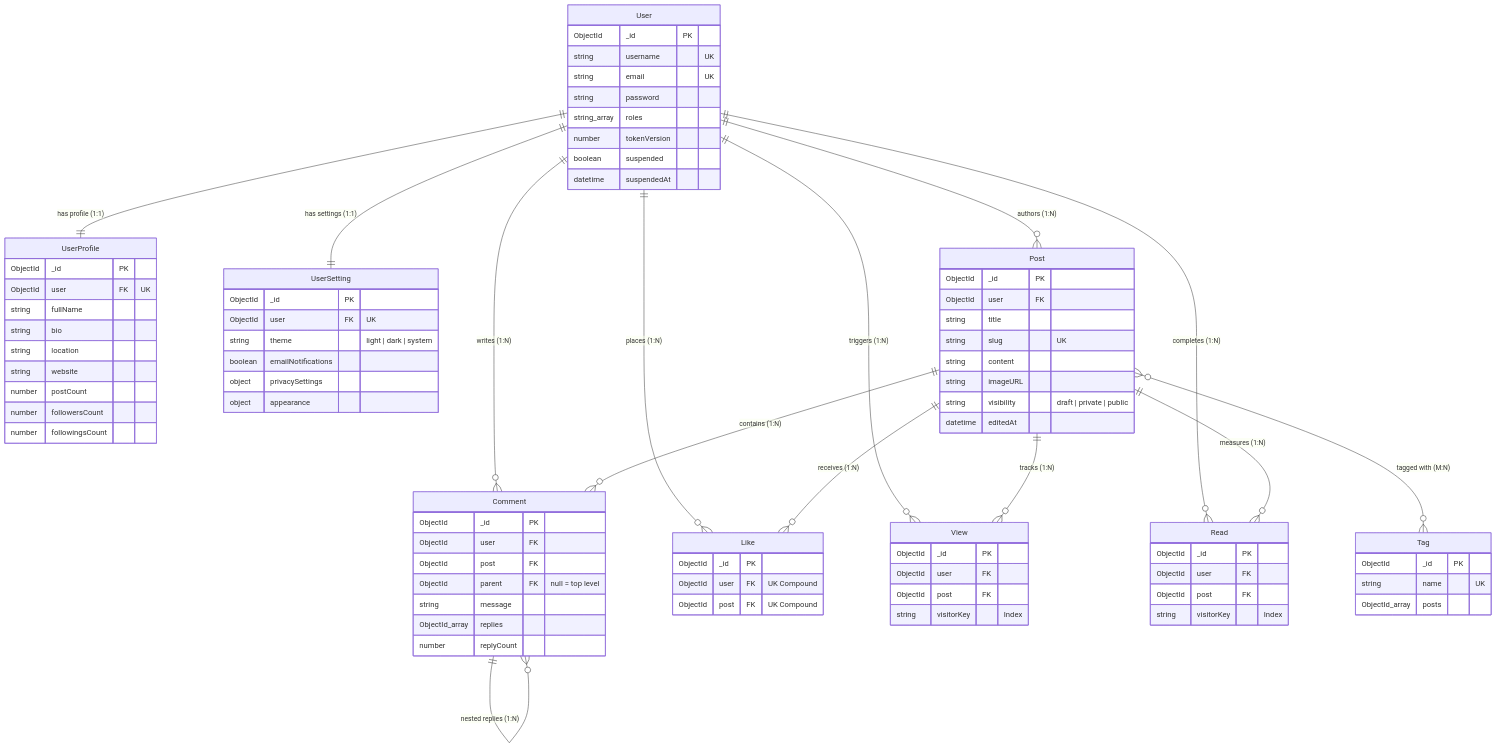
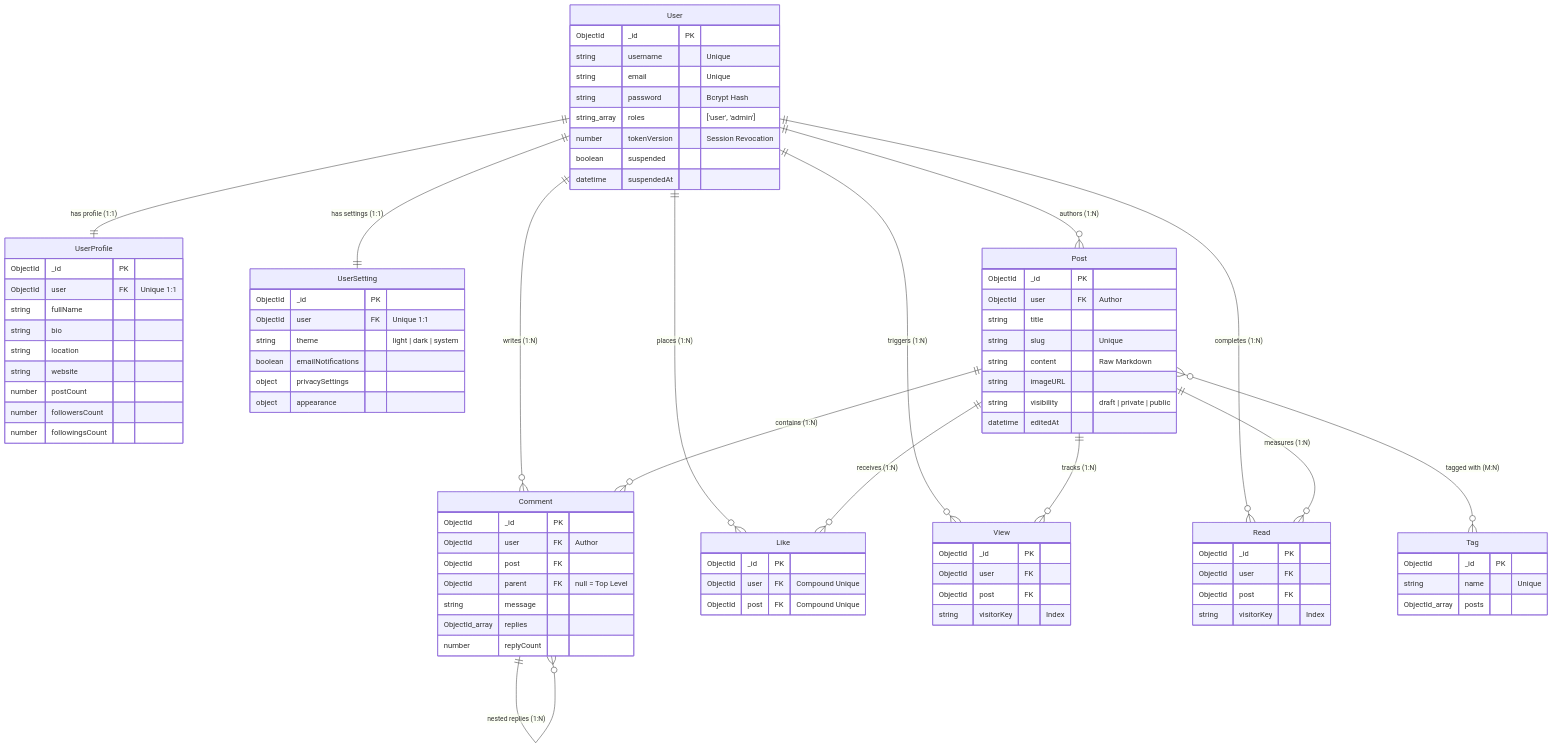
Before and after one commit to Purvesh-PJ/bloghub: the diagram in docs/database.md, drawn with Mermaid. The commit also changed other lines of this file and 3 other files, not shown here.

```diff
--- a/docs/database.md
+++ b/docs/database.md
@@ -58,18 +80,18 @@
 
     User {
         ObjectId _id PK
-        string username "UK"
-        string email "UK"
-        string password
-        string_array roles
-        number tokenVersion
+        string username "Unique"
+        string email "Unique"
+        string password "Bcrypt Hash"
+        string_array roles "['user', 'admin']"
+        number tokenVersion "Session Revocation"
         boolean suspended
         datetime suspendedAt
     }
 
     UserProfile {
         ObjectId _id PK
-        ObjectId user FK "UK"
+        ObjectId user FK "Unique 1:1"
         string fullName
         string bio
         string location
@@ -81,7 +103,7 @@
 
     UserSetting {
         ObjectId _id PK
-        ObjectId user FK "UK"
+        ObjectId user FK "Unique 1:1"
         string theme "light | dark | system"
         boolean emailNotifications
         object privacySettings
@@ -90,10 +112,10 @@
 
     Post {
         ObjectId _id PK
-        ObjectId user FK
+        ObjectId user FK "Author"
         string title
-        string slug "UK"
-        string content
+        string slug "Unique"
+        string content "Raw Markdown"
         string imageURL
         string visibility "draft | private | public"
         datetime editedAt
@@ -101,25 +123,24 @@
 
     Comment {
         ObjectId _id PK
-        ObjectId user FK
+        ObjectId user FK "Author"
         ObjectId post FK
-        ObjectId parent FK "null = top level"
+        ObjectId parent FK "null = Top Level"
         string message
         ObjectId_array replies
         number replyCount
     }
 
-
     Tag {
         ObjectId _id PK
-        string name "UK"
+        string name "Unique"
         ObjectId_array posts
     }
 
     Like {
         ObjectId _id PK
-        ObjectId user FK "UK Compound"
-        ObjectId post FK "UK Compound"
+        ObjectId user FK "Compound Unique"
+        ObjectId post FK "Compound Unique"
     }
 
     View {
```
